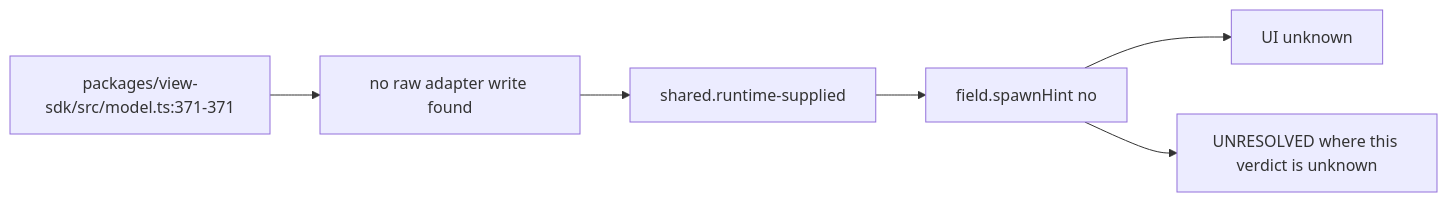
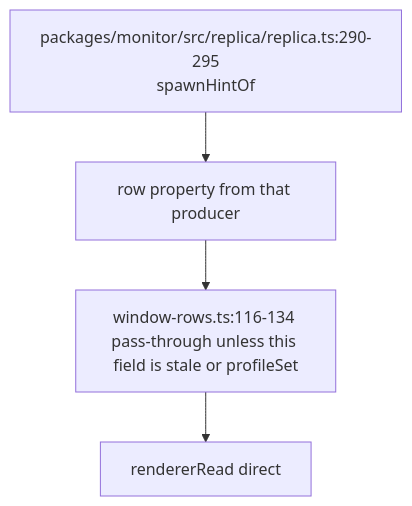
One commit to vibefield/vibefield changed the diagram in audit/godview/evidence/copilot/spawnHint.mmd. Above: the diagram before and after it, drawn with Mermaid. The commit also changed 1665 other files, not shown here.

```diff
--- a/audit/godview/evidence/copilot/spawnHint.mmd
+++ b/audit/godview/evidence/copilot/spawnHint.mmd
@@ -1,13 +1,9 @@
-%% graph_ref: shared.runtime-supplied
-%% adapter: copilot
 %% field: field.spawnHint
-%% forensic: source-read at 748d015; not a live sample
-flowchart LR
-  src["packages/view-sdk/src/model.ts:371-371"]
-  raw["no raw adapter write found"]
-  shared["shared.runtime-supplied"]
-  row["field.spawnHint no"]
-  ui["UI unknown"]
-  src --> raw --> shared --> row --> ui
-  open["UNRESOLVED where this verdict is unknown"]
-  row --> open
+%% sourceScope: replica-derived
+%% staticPresence: host-dependent
+%% liveObserved: false
+flowchart TD
+  producer["packages/monitor/src/replica/replica.ts:290-295\nspawnHintOf"]
+  producer --> row["row property from that producer"]
+  row --> window["window-rows.ts:116-134 pass-through unless this field is stale or profileSet"]
+  window --> reader["rendererRead direct"]
```
